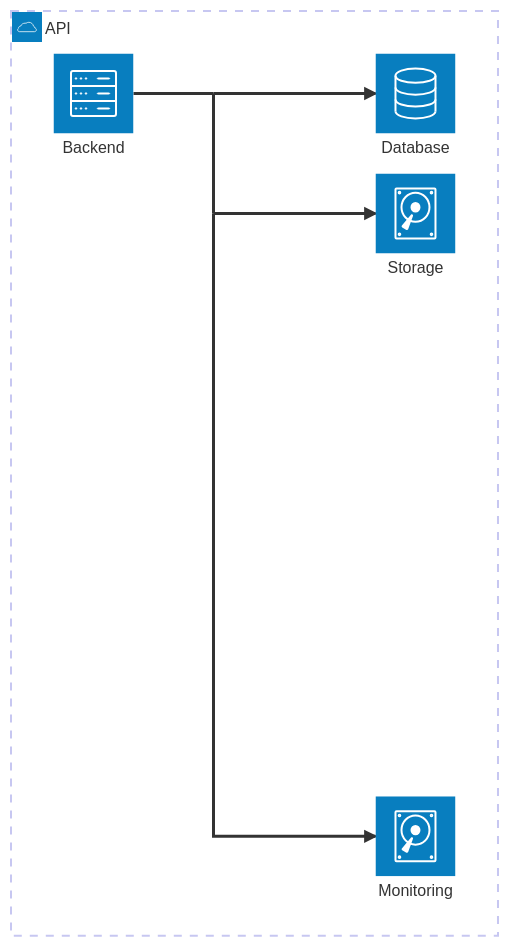
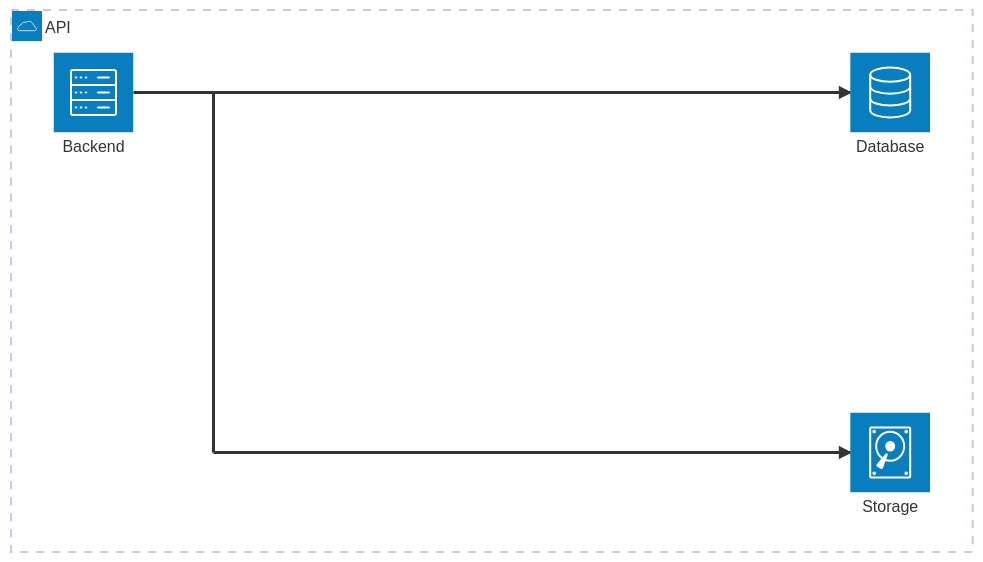
The diagram in doc/SYSTEM_ARCHITECTURE.md (gtaiyou24/saas-dashboard-boilerplate), drawn with Mermaid before and after one commit.

Commit message:
doc: doc/SYSTEM_ARCHITECTURE.md

````diff
--- a/doc/SYSTEM_ARCHITECTURE.md
+++ b/doc/SYSTEM_ARCHITECTURE.md
@@ -4,18 +4,16 @@
 ```mermaid
 architecture-beta
     group api(cloud)[API]
 
     service backend(server)[Backend] in api
     service db(database)[Database] in api
     service storage(disk)[Storage] in api
-    service monitoring(disk)[Monitoring] in api
     
     junction jct1
     junction jct2
 
     backend:R -- L:jct1
     jct1:R --> L:db
     jct1:B -- T:jct2
     jct2:R --> L:storage
-    jct2:B --> L:monitoring
 ```
````
